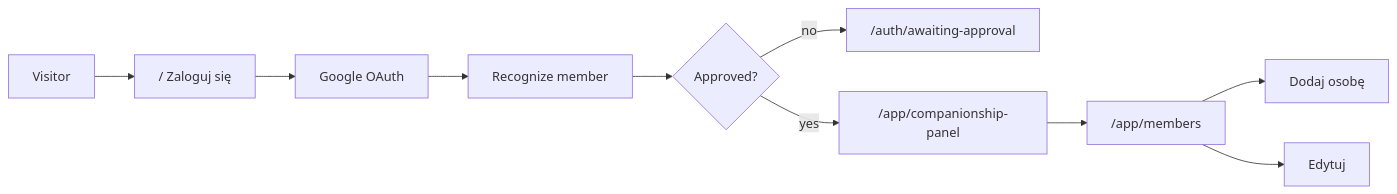
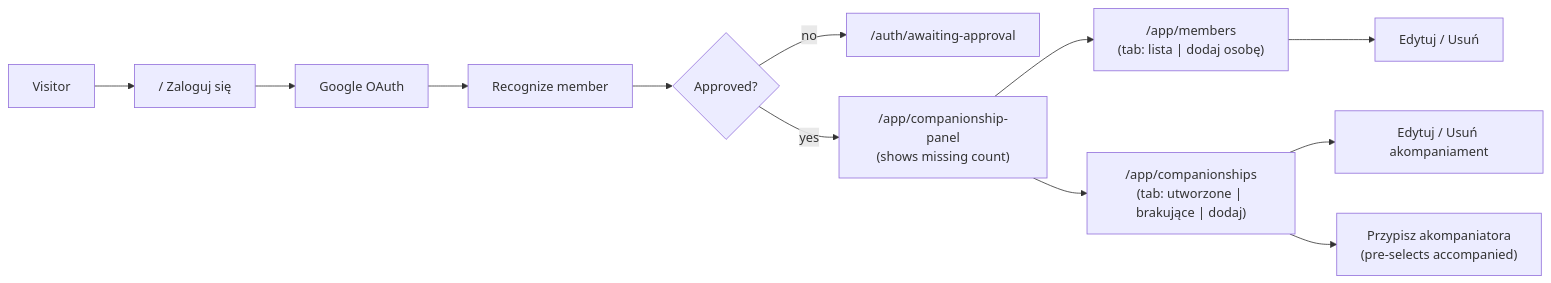
One commit to greg-latuszek/emma-companionship changed the first of 2 diagrams in docs/README.md. Above: the diagram before and after it, drawn with Mermaid. The commit also changed other lines of this file and 2 other files, not shown here.

````diff
--- a/docs/README.md
+++ b/docs/README.md
@@ -9,12 +9,14 @@
 ```mermaid
 flowchart LR
   visitor[Visitor] --> home["/ Zaloguj się"]
   home --> google[Google OAuth]
   google --> recognize[Recognize member]
   recognize --> pending{Approved?}
   pending -->|no| wait["/auth/awaiting-approval"]
-  pending -->|yes| panel["/app/companionship-panel"]
-  panel --> members["/app/members"]
-  members --> add["Dodaj osobę"]
-  members --> edit["Edytuj"]
+  pending -->|yes| panel["/app/companionship-panel\n(shows missing count)"]
+  panel --> members["/app/members\n(tab: lista | dodaj osobę)"]
+  members --> edit["Edytuj / Usuń"]
+  panel --> companionships["/app/companionships\n(tab: utworzone | brakujące | dodaj)"]
+  companionships --> editRel["Edytuj / Usuń akompaniament"]
+  companionships --> assign["Przypisz akompaniatora\n(pre-selects accompanied)"]
 ```
````
